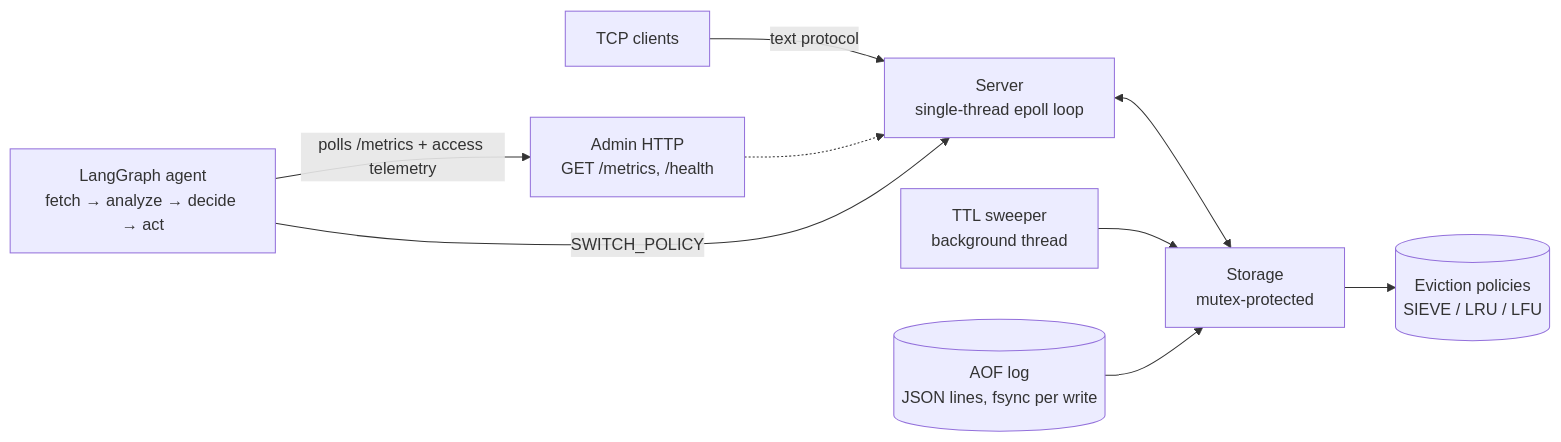
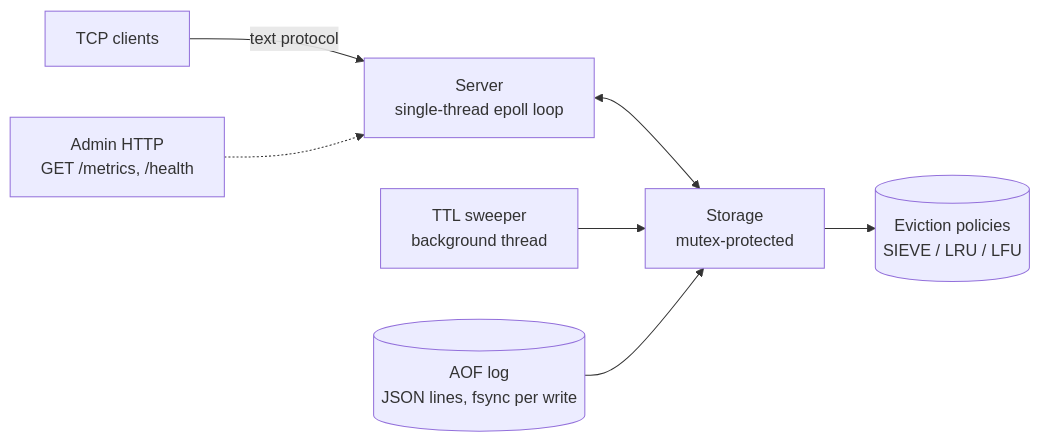
The diagram in README.md (ima-d-ice/polycache), drawn with Mermaid before and after one commit. The commit also changed other lines of this file and 12 other files, not shown here.

First line of the commit message:
refactor: roll back to pure C++ cache — delete agent layer, keep SWITCH_POLICY

````diff
--- a/README.md
+++ b/README.md
@@ -23,13 +37,10 @@
 ```mermaid
 flowchart LR
     C[TCP clients] -->|text protocol| S[Server<br/>single-thread epoll loop]
     A[Admin HTTP<br/>GET /metrics, /health] -.-> S
 
     S <--> ST[Storage<br/>mutex-protected]
     ST --> P[(Eviction policies<br/>SIEVE / LRU / LFU)]
     TTL[TTL sweeper<br/>background thread] --> ST
     AOF[(AOF log<br/>JSON lines, fsync per write)] --> ST
-
-    AG[LangGraph agent<br/>fetch → analyze → decide → act] -->|SWITCH_POLICY| S
-    AG -->|polls /metrics + access telemetry| A
- ```
+```
````
